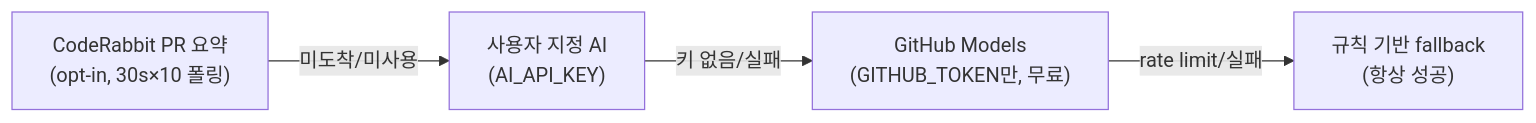
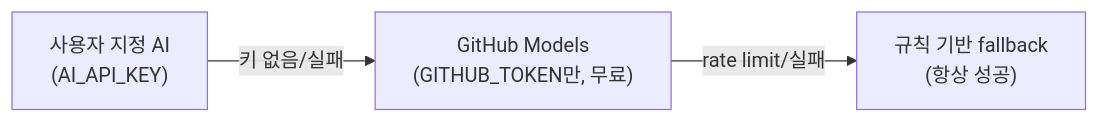
The first of 3 diagrams in README.md (Twin-Fang/project-auto-wizard), drawn with Mermaid before and after one commit. The commit also changed other lines of this file and 3 other files, not shown here.

Commit message:
CodeRabbit_연동_로직_전면_삭제_상용_SaaS_의존_제거 : docs : README·설계 문서의 CodeRabbit 서술 제거, 엔진 체인 3단으로 갱신 https://github.com/Twin-Fang/project-auto-wizard/issues/8

````diff
--- a/README.md
+++ b/README.md
@@ -94,6 +94,5 @@
 ```mermaid
 flowchart LR
-    A["CodeRabbit PR 요약<br/>(opt-in, 30s×10 폴링)"] -->|"미도착/미사용"| B["사용자 지정 AI<br/>(AI_API_KEY)"]
-    B -->|"키 없음/실패"| C["GitHub Models<br/>(GITHUB_TOKEN만, 무료)"]
+    B["사용자 지정 AI<br/>(AI_API_KEY)"] -->|"키 없음/실패"| C["GitHub Models<br/>(GITHUB_TOKEN만, 무료)"]
     C -->|"rate limit/실패"| D["규칙 기반 fallback<br/>(항상 성공)"]
 ```
````
